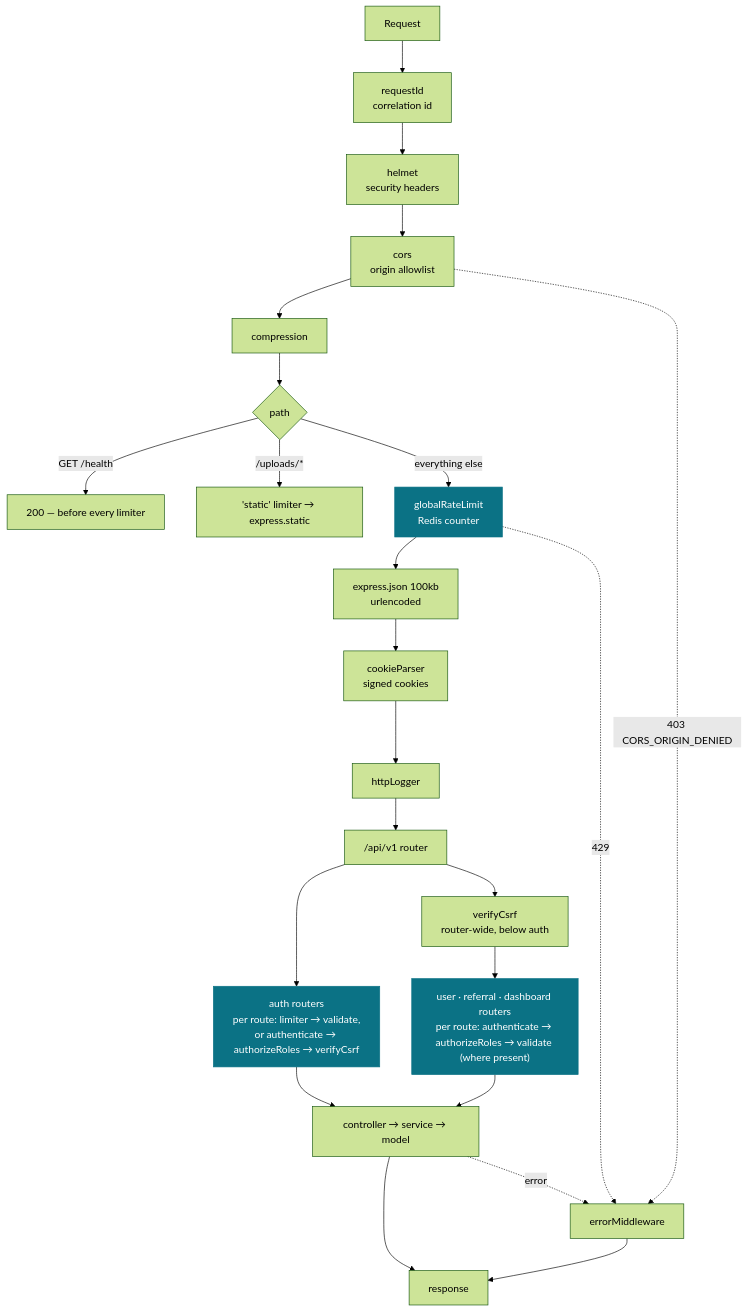
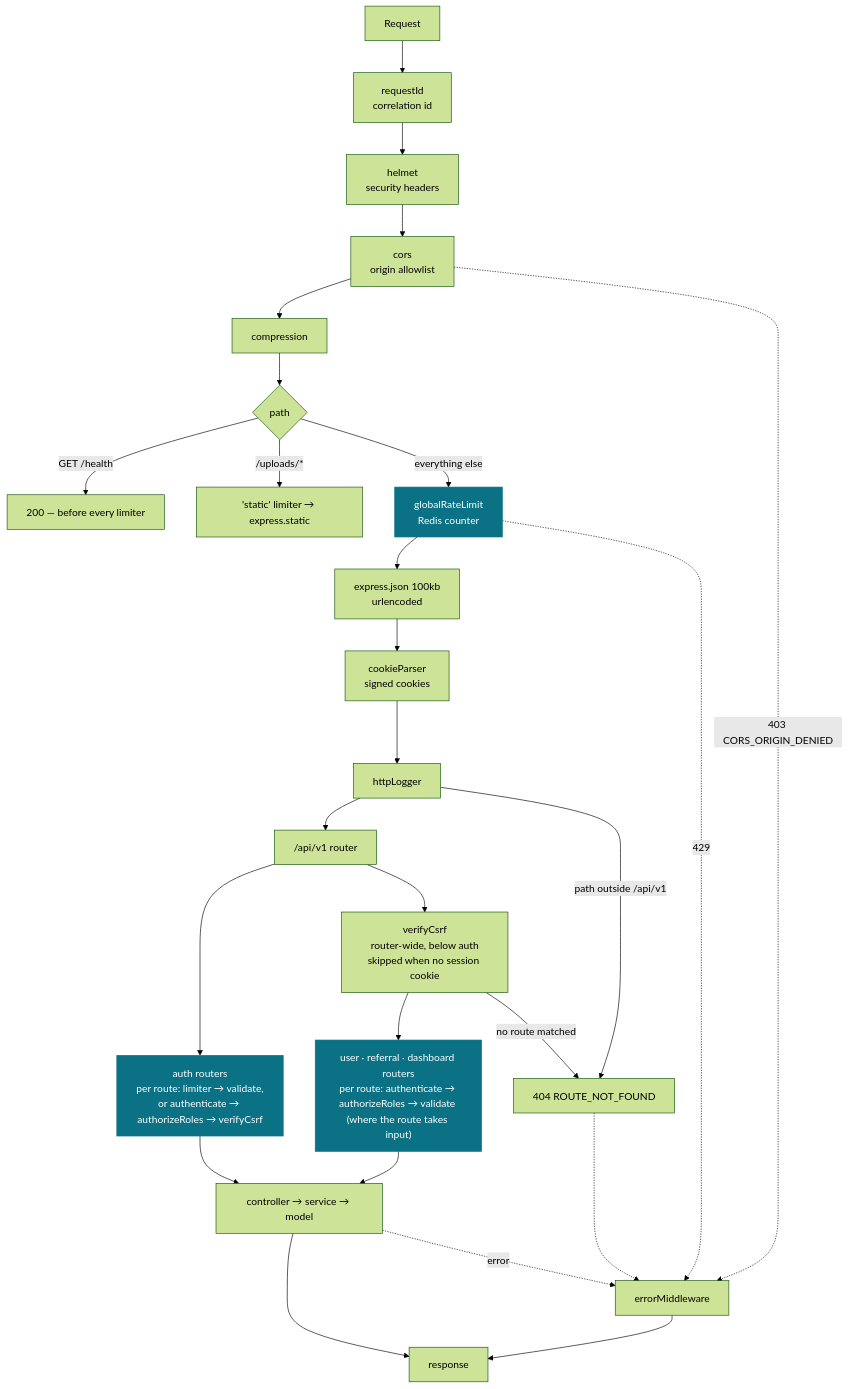
The diagram in docs/platform/README.md (sufyan-devs/init-server-nodejs), drawn with Mermaid (forest theme) before and after one commit. The commit also changed other lines of this file and 42 other files, not shown here.

````diff
--- a/docs/platform/README.md
+++ b/docs/platform/README.md
@@ -22,28 +22,31 @@
 ```mermaid
 flowchart TD
   IN["Request"] --> RID["requestId<br/>correlation id"]
   RID --> HELM["helmet<br/>security headers"]
   HELM --> CORS["cors<br/>origin allowlist"]
   CORS --> COMP["compression"]
   COMP --> SPLIT{"path"}
   SPLIT -->|"GET /health"| HEALTH["200 — before every limiter"]
   SPLIT -->|"/uploads/*"| STATIC["'static' limiter → express.static"]
   SPLIT -->|"everything else"| RL["globalRateLimit<br/>Redis counter"]
   RL --> BODY["express.json 100kb<br/>urlencoded"]
   BODY --> COOK["cookieParser<br/>signed cookies"]
   COOK --> LOG["httpLogger"]
   LOG --> API["/api/v1 router"]
   API --> AUTHR["auth routers<br/>per route: limiter → validate,<br/>or authenticate → authorizeRoles → verifyCsrf"]
-  API --> CSRF["verifyCsrf<br/>router-wide, below auth"]
-  CSRF --> MODR["user · referral · dashboard routers<br/>per route: authenticate → authorizeRoles → validate (where present)"]
+  API --> CSRF["verifyCsrf<br/>router-wide, below auth<br/>skipped when no session cookie"]
+  CSRF --> MODR["user · referral · dashboard routers<br/>per route: authenticate → authorizeRoles → validate (where the route takes input)"]
+  CSRF -->|"no route matched"| NF["404 ROUTE_NOT_FOUND"]
+  LOG -->|"path outside /api/v1"| NF
   AUTHR --> CTRL["controller → service → model"]
   MODR --> CTRL
   CTRL --> OUT["response"]
   CTRL -.->|"error"| ERR["errorMiddleware"]
+  NF -.-> ERR
   RL -.->|"429"| ERR
   CORS -.->|"403 CORS_ORIGIN_DENIED"| ERR
   ERR --> OUT
 
   classDef hot fill:#0b7285,stroke:#0b7285,color:#fff
   class RL,AUTHR,MODR hot
 ```
````
